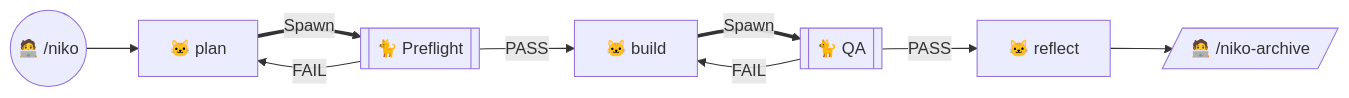
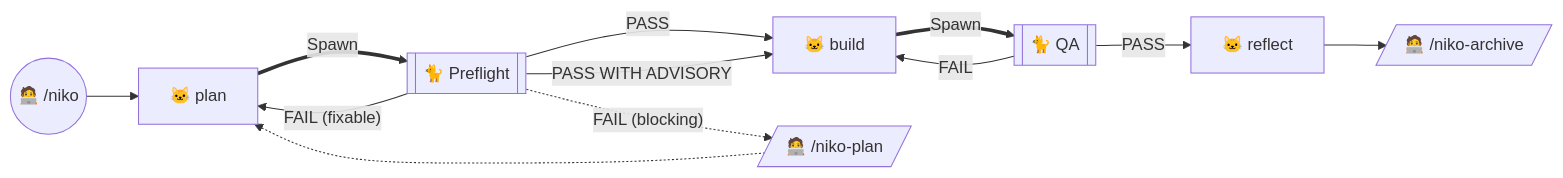
The first of 6 diagrams in rulesets/niko/README.md (Texarkanine/.cursor-rules), drawn with Mermaid before and after one commit. The commit also changed other lines of this file and 8 other files, not shown here.

````diff
--- a/rulesets/niko/README.md
+++ b/rulesets/niko/README.md
@@ -68,11 +68,14 @@
 ```mermaid
 graph LR
 	Start(("🧑‍💻 /niko")) --> NikoPlan["🐱 plan"]
 	NikoPlan ==Spawn==> NikoPreflight[["🐈 Preflight"]]
 	NikoPreflight -->|"PASS"| NikoBuild["🐱 build"]
-	NikoPreflight -->|"FAIL"| NikoPlan
+	NikoPreflight -->|"PASS WITH ADVISORY"| NikoBuild
+	NikoPreflight -->|"FAIL (fixable)"| NikoPlan
+	NikoPreflight -.->|"FAIL (blocking)"| ManualPlan[/"🧑‍💻 /niko-plan"/]
 	NikoBuild ==Spawn==> NikoQA[["🐈 QA"]]
 	NikoQA -->|"PASS"| NikoReflect["🐱 reflect"]
 	NikoReflect --> ManualArchive[/"🧑‍💻 /niko-archive"/]
 	NikoQA -->|"FAIL"| NikoBuild
+	ManualPlan -.-> NikoPlan
 ```
````
